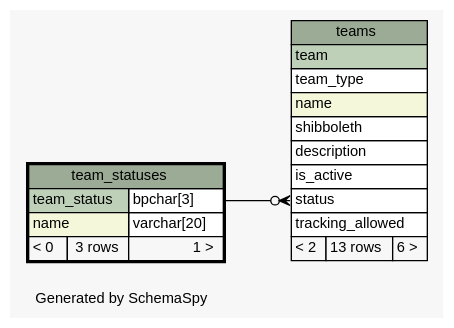
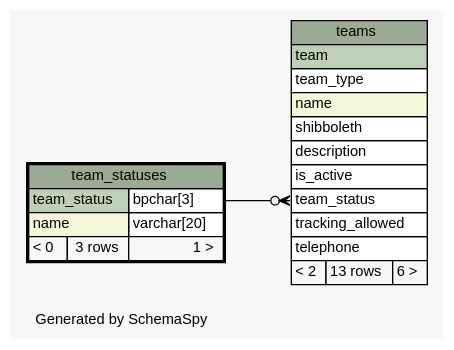
One commit to xmarwin/brazda changed the diagram in Brazda/doc/db/diagrams/team_statuses.1degree.dot. Above: the diagram before and after it, drawn with Graphviz. The commit also changed 100 other files, not shown here.

```diff
--- a/Brazda/doc/db/diagrams/team_statuses.1degree.dot
+++ b/Brazda/doc/db/diagrams/team_statuses.1degree.dot
@@ -1,51 +1,52 @@
 // dot 2.40.1 on Linux 4.11.5-gentoo
 // SchemaSpy rev 590
 digraph "oneDegreeRelationshipsDiagram" {
   graph [
     rankdir="RL"
     bgcolor="#f7f7f7"
     label="\nGenerated by SchemaSpy"
     labeljust="l"
     nodesep="0.18"
     ranksep="0.46"
     fontname="Helvetica"
     fontsize="11"
   ];
   node [
     fontname="Helvetica"
     fontsize="11"
     shape="plaintext"
   ];
   edge [
     arrowsize="0.8"
   ];
-  "teams":"status":w -> "team_statuses":"team_status.type":e [arrowhead=none dir=back arrowtail=crowodot];
+  "teams":"team_status":w -> "team_statuses":"team_status.type":e [arrowhead=none dir=back arrowtail=crowodot];
   "team_statuses" [
     label=<
     <TABLE BORDER="2" CELLBORDER="1" CELLSPACING="0" BGCOLOR="#ffffff">
       <TR><TD COLSPAN="3" BGCOLOR="#9bab96" ALIGN="CENTER">team_statuses</TD></TR>
       <TR><TD PORT="team_status" COLSPAN="2" BGCOLOR="#bed1b8" ALIGN="LEFT">team_status</TD><TD PORT="team_status.type" ALIGN="LEFT">bpchar[3]</TD></TR>
       <TR><TD PORT="name" COLSPAN="2" BGCOLOR="#f4f7da" ALIGN="LEFT">name</TD><TD PORT="name.type" ALIGN="LEFT">varchar[20]</TD></TR>
       <TR><TD ALIGN="LEFT" BGCOLOR="#f7f7f7">&lt; 0</TD><TD ALIGN="RIGHT" BGCOLOR="#f7f7f7">3 rows</TD><TD ALIGN="RIGHT" BGCOLOR="#f7f7f7">1 &gt;</TD></TR>
     </TABLE>>
     URL="team_statuses.html"
     tooltip="team_statuses"
   ];
   "teams" [
     label=<
     <TABLE BORDER="0" CELLBORDER="1" CELLSPACING="0" BGCOLOR="#ffffff">
       <TR><TD COLSPAN="3" BGCOLOR="#9bab96" ALIGN="CENTER">teams</TD></TR>
       <TR><TD PORT="team" COLSPAN="3" BGCOLOR="#bed1b8" ALIGN="LEFT">team</TD></TR>
       <TR><TD PORT="team_type" COLSPAN="3" ALIGN="LEFT">team_type</TD></TR>
       <TR><TD PORT="name" COLSPAN="3" BGCOLOR="#f4f7da" ALIGN="LEFT">name</TD></TR>
       <TR><TD PORT="shibboleth" COLSPAN="3" ALIGN="LEFT">shibboleth</TD></TR>
       <TR><TD PORT="description" COLSPAN="3" ALIGN="LEFT">description</TD></TR>
       <TR><TD PORT="is_active" COLSPAN="3" ALIGN="LEFT">is_active</TD></TR>
-      <TR><TD PORT="status" COLSPAN="3" ALIGN="LEFT">status</TD></TR>
+      <TR><TD PORT="team_status" COLSPAN="3" ALIGN="LEFT">team_status</TD></TR>
       <TR><TD PORT="tracking_allowed" COLSPAN="3" ALIGN="LEFT">tracking_allowed</TD></TR>
+      <TR><TD PORT="telephone" COLSPAN="3" ALIGN="LEFT">telephone</TD></TR>
       <TR><TD ALIGN="LEFT" BGCOLOR="#f7f7f7">&lt; 2</TD><TD ALIGN="RIGHT" BGCOLOR="#f7f7f7">13 rows</TD><TD ALIGN="RIGHT" BGCOLOR="#f7f7f7">6 &gt;</TD></TR>
     </TABLE>>
     URL="teams.html"
     tooltip="teams"
   ];
 }
```
